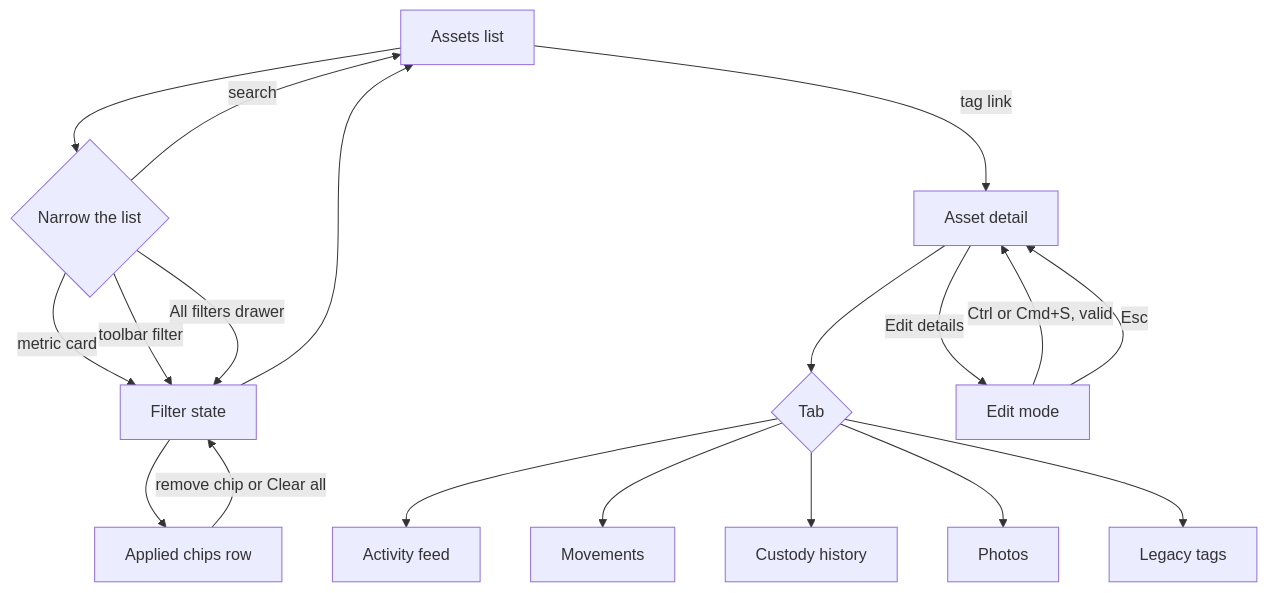
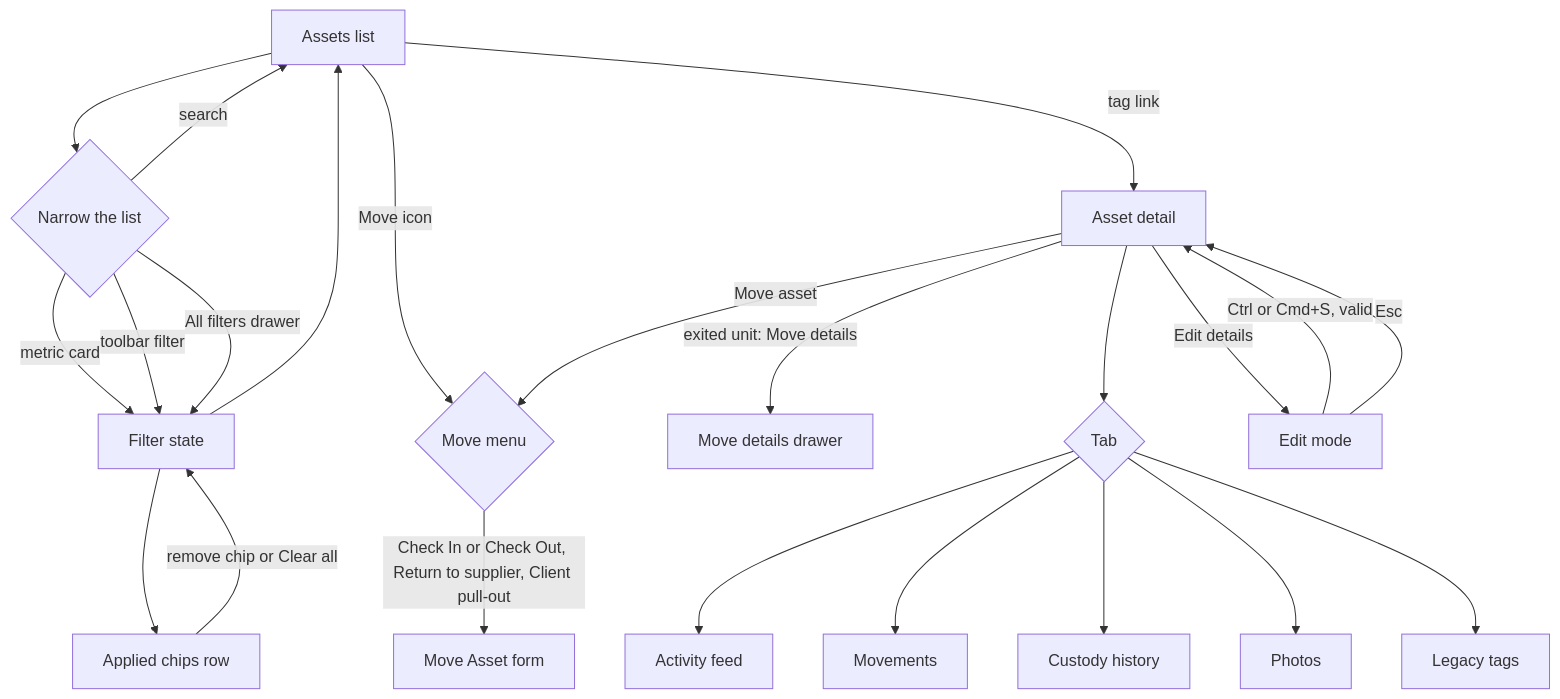
Before and after one commit to carmeltabada-svg/ui-ux-design: the diagram in docs/assets/DEV_DOC_assets-ux-enhancements.md, drawn with Mermaid. The commit also changed other lines of this file and 28 other files, not shown here.

First line of the commit message:
Assets: every kind of move, Legacy statuses, Move details drawer, contrast fixes

````diff
--- a/docs/assets/DEV_DOC_assets-ux-enhancements.md
+++ b/docs/assets/DEV_DOC_assets-ux-enhancements.md
@@ -50,21 +56,25 @@
 ```mermaid
 flowchart TD
   L[Assets list] --> Q{Narrow the list}
   Q -->|search| L
   Q -->|metric card| F[Filter state]
   Q -->|toolbar filter| F
   Q -->|All filters drawer| F
   F --> C[Applied chips row]
   C -->|remove chip or Clear all| F
   F --> L
   L -->|tag link| D[Asset detail]
+  L -->|Move icon| MM{Move menu}
+  D -->|Move asset| MM
+  MM -->|Check In or Check Out, Return to supplier, Client pull-out| MV[Move Asset form]
+  D -->|exited unit: Move details| DR[Move details drawer]
   D --> T{Tab}
   T --> A[Activity feed]
   T --> M[Movements]
   T --> H[Custody history]
   T --> P[Photos]
   T --> G[Legacy tags]
   D -->|Edit details| E[Edit mode]
   E -->|Ctrl or Cmd+S, valid| D
   E -->|Esc| D
 ```
````
